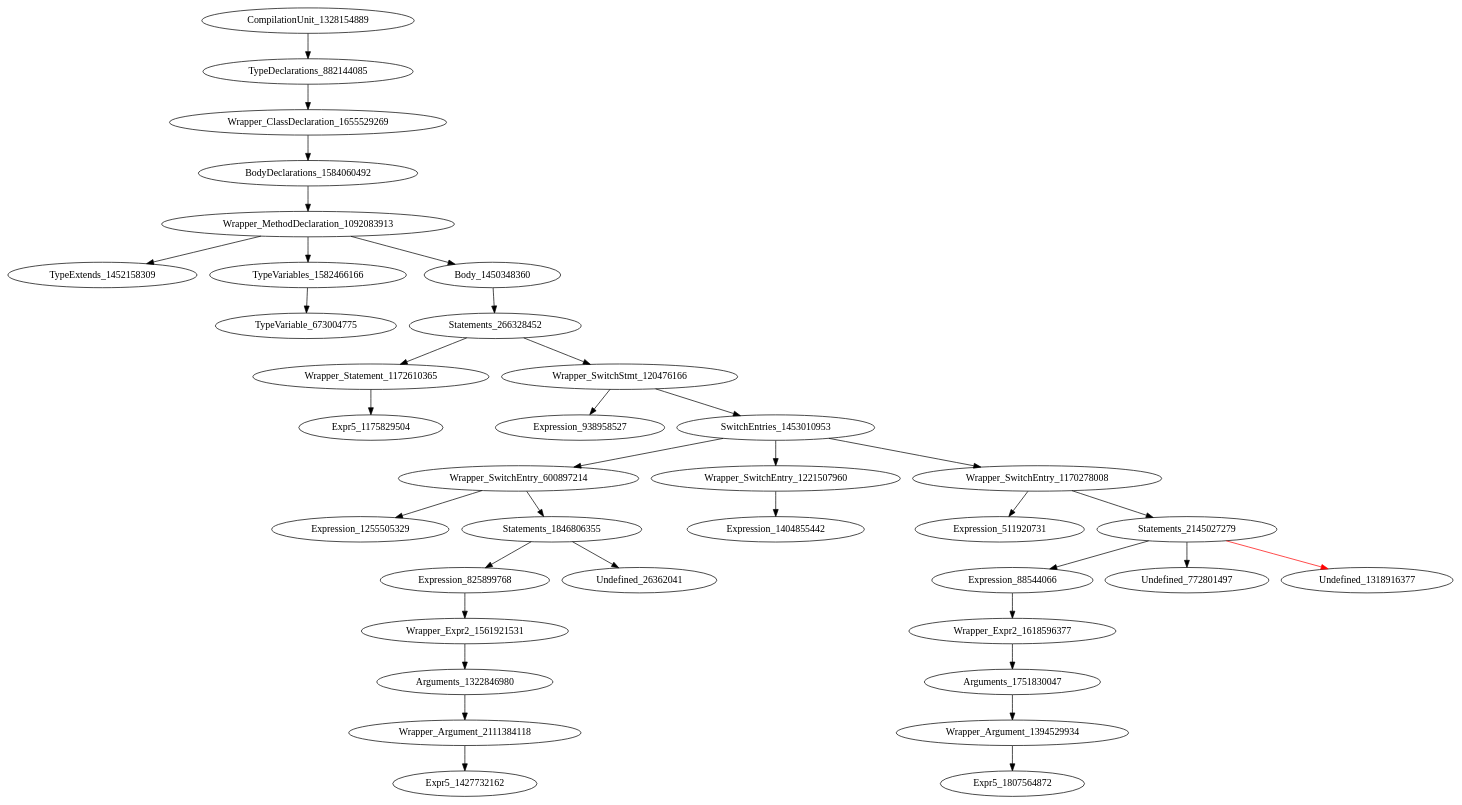
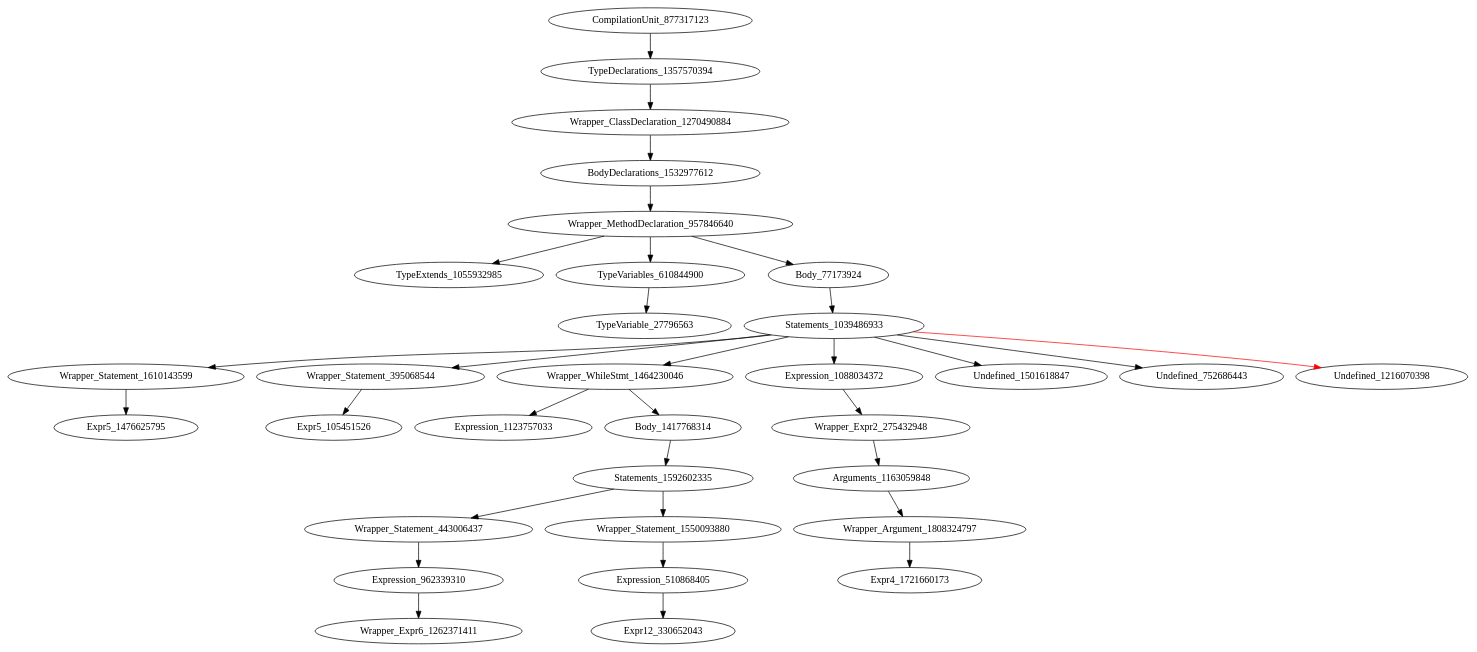
The diagram in holeAST.dot (icse2023material/VoiceJava), drawn with Graphviz before and after one commit. The commit also changed 5 other files, not shown here.

```diff
--- a/holeAST.dot
+++ b/holeAST.dot
@@ -1,37 +1,33 @@
 digraph {
-CompilationUnit_1328154889 -> TypeDeclarations_882144085
-TypeDeclarations_882144085 -> Wrapper_ClassDeclaration_1655529269
-Wrapper_ClassDeclaration_1655529269 -> BodyDeclarations_1584060492
-BodyDeclarations_1584060492 -> Wrapper_MethodDeclaration_1092083913
-Wrapper_MethodDeclaration_1092083913 -> TypeExtends_1452158309
-Wrapper_MethodDeclaration_1092083913 -> TypeVariables_1582466166
-Wrapper_MethodDeclaration_1092083913 -> Body_1450348360
-TypeVariables_1582466166 -> TypeVariable_673004775
-Body_1450348360 -> Statements_266328452
-Statements_266328452 -> Wrapper_Statement_1172610365
-Statements_266328452 -> Wrapper_SwitchStmt_120476166
-Wrapper_Statement_1172610365 -> Expr5_1175829504
-Wrapper_SwitchStmt_120476166 -> Expression_938958527
-Wrapper_SwitchStmt_120476166 -> SwitchEntries_1453010953
-SwitchEntries_1453010953 -> Wrapper_SwitchEntry_600897214
-SwitchEntries_1453010953 -> Wrapper_SwitchEntry_1221507960
-SwitchEntries_1453010953 -> Wrapper_SwitchEntry_1170278008
-Wrapper_SwitchEntry_600897214 -> Expression_1255505329
-Wrapper_SwitchEntry_600897214 -> Statements_1846806355
-Wrapper_SwitchEntry_1221507960 -> Expression_1404855442
-Wrapper_SwitchEntry_1170278008 -> Expression_511920731
-Wrapper_SwitchEntry_1170278008 -> Statements_2145027279
-Statements_1846806355 -> Expression_825899768
-Statements_1846806355 -> Undefined_26362041
-Statements_2145027279 -> Expression_88544066
-Statements_2145027279 -> Undefined_772801497
-Statements_2145027279 -> Undefined_1318916377 [color = red] 
-Expression_825899768 -> Wrapper_Expr2_1561921531
-Expression_88544066 -> Wrapper_Expr2_1618596377
-Wrapper_Expr2_1561921531 -> Arguments_1322846980
-Wrapper_Expr2_1618596377 -> Arguments_1751830047
-Arguments_1322846980 -> Wrapper_Argument_2111384118
-Arguments_1751830047 -> Wrapper_Argument_1394529934
-Wrapper_Argument_2111384118 -> Expr5_1427732162
-Wrapper_Argument_1394529934 -> Expr5_1807564872
+CompilationUnit_877317123 -> TypeDeclarations_1357570394
+TypeDeclarations_1357570394 -> Wrapper_ClassDeclaration_1270490884
+Wrapper_ClassDeclaration_1270490884 -> BodyDeclarations_1532977612
+BodyDeclarations_1532977612 -> Wrapper_MethodDeclaration_957846640
+Wrapper_MethodDeclaration_957846640 -> TypeExtends_1055932985
+Wrapper_MethodDeclaration_957846640 -> TypeVariables_610844900
+Wrapper_MethodDeclaration_957846640 -> Body_77173924
+TypeVariables_610844900 -> TypeVariable_27796563
+Body_77173924 -> Statements_1039486933
+Statements_1039486933 -> Wrapper_Statement_1610143599
+Statements_1039486933 -> Wrapper_Statement_395068544
+Statements_1039486933 -> Wrapper_WhileStmt_1464230046
+Statements_1039486933 -> Expression_1088034372
+Statements_1039486933 -> Undefined_1501618847
+Statements_1039486933 -> Undefined_752686443
+Statements_1039486933 -> Undefined_1216070398 [color = red] 
+Wrapper_Statement_1610143599 -> Expr5_1476625795
+Wrapper_Statement_395068544 -> Expr5_105451526
+Wrapper_WhileStmt_1464230046 -> Expression_1123757033
+Wrapper_WhileStmt_1464230046 -> Body_1417768314
+Expression_1088034372 -> Wrapper_Expr2_275432948
+Body_1417768314 -> Statements_1592602335
+Wrapper_Expr2_275432948 -> Arguments_1163059848
+Statements_1592602335 -> Wrapper_Statement_443006437
+Statements_1592602335 -> Wrapper_Statement_1550093880
+Arguments_1163059848 -> Wrapper_Argument_1808324797
+Wrapper_Statement_443006437 -> Expression_962339310
+Wrapper_Statement_1550093880 -> Expression_510868405
+Wrapper_Argument_1808324797 -> Expr4_1721660173
+Expression_962339310 -> Wrapper_Expr6_1262371411
+Expression_510868405 -> Expr12_330652043
 }
```
